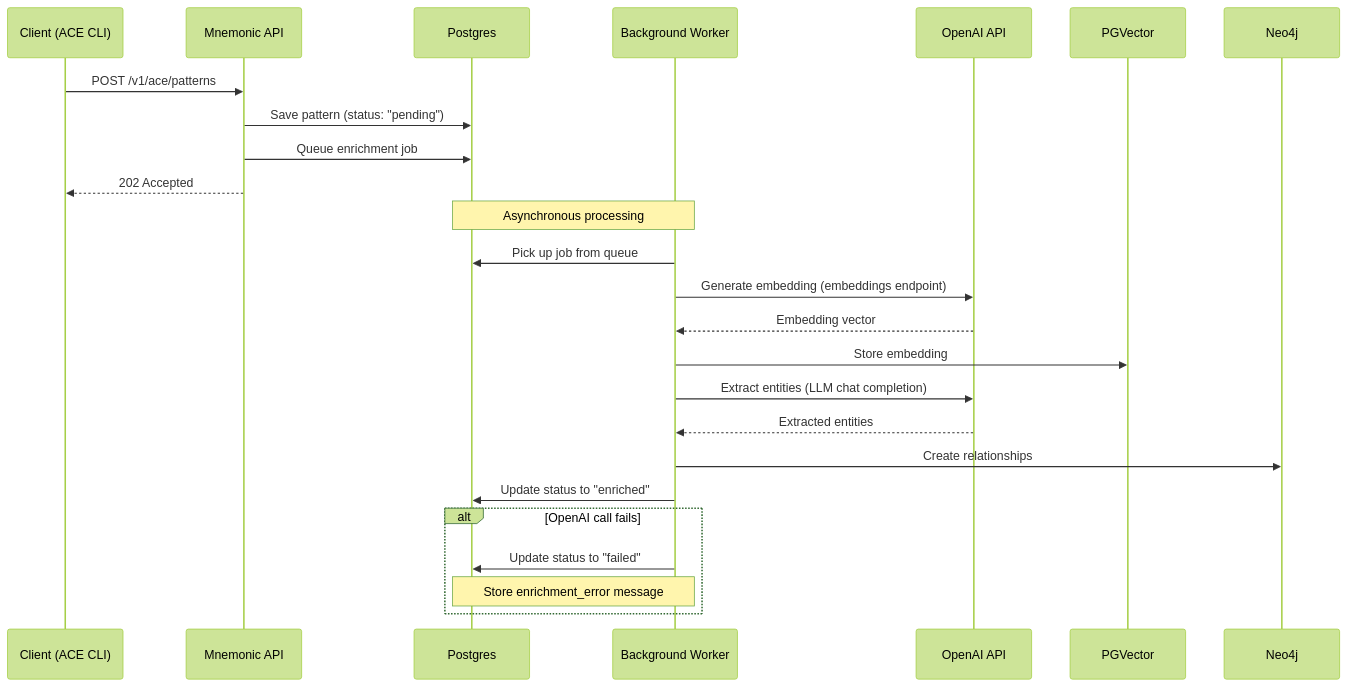
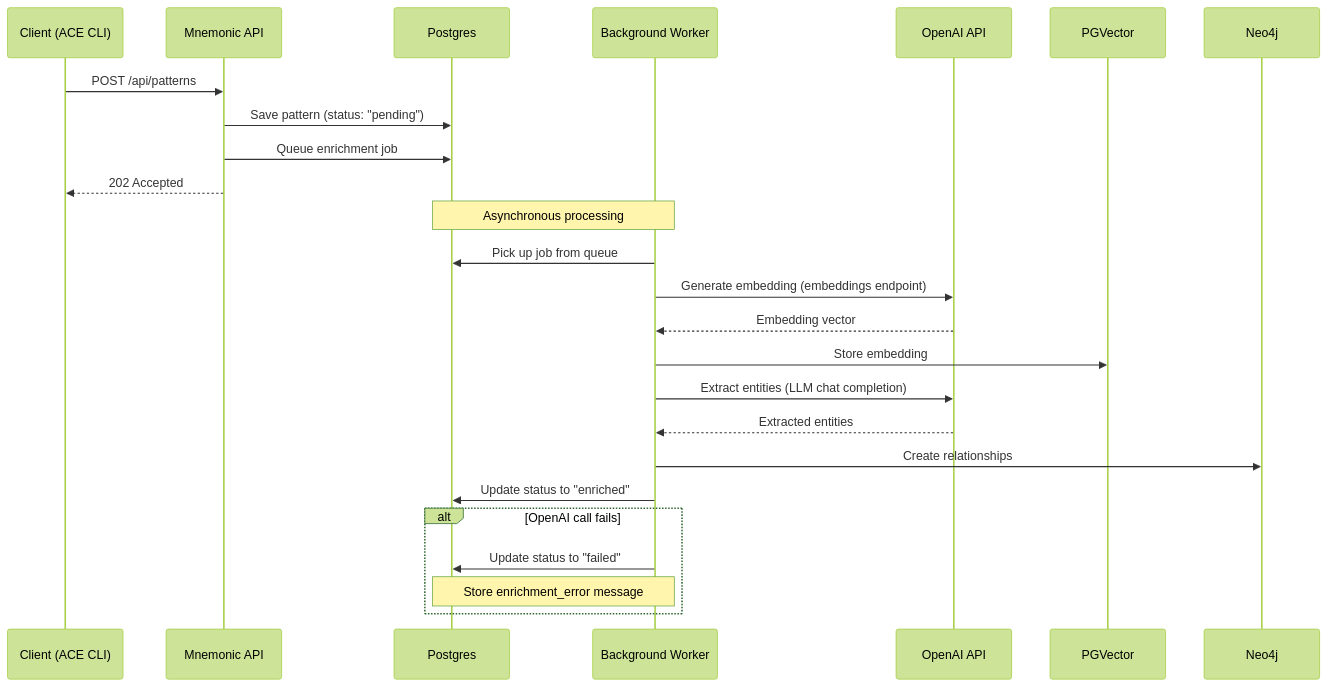
The first of 6 diagrams in docs/design/pattern-processing.md (twistingmercury/mnemonic-mcp), drawn with Mermaid (forest theme) before and after one commit. The commit also changed other lines of this file and 6 other files, not shown here.

````diff
--- a/docs/design/pattern-processing.md
+++ b/docs/design/pattern-processing.md
@@ -42,31 +42,31 @@
 ```mermaid
 sequenceDiagram
     participant Client as Client (ACE CLI)
     participant API as Mnemonic API
     participant PG as Postgres
     participant Worker as Background Worker
     participant OpenAI as OpenAI API
     participant PGV as PGVector
     participant Neo4j as Neo4j
 
-    Client->>API: POST /v1/ace/patterns
+    Client->>API: POST /api/patterns
     API->>PG: Save pattern (status: "pending")
     API->>PG: Queue enrichment job
     API-->>Client: 202 Accepted
 
     Note over Worker,PG: Asynchronous processing
 
     Worker->>PG: Pick up job from queue
     Worker->>OpenAI: Generate embedding (embeddings endpoint)
     OpenAI-->>Worker: Embedding vector
     Worker->>PGV: Store embedding
     Worker->>OpenAI: Extract entities (LLM chat completion)
     OpenAI-->>Worker: Extracted entities
     Worker->>Neo4j: Create relationships
     Worker->>PG: Update status to "enriched"
 
     alt OpenAI call fails
         Worker->>PG: Update status to "failed"
         Note over Worker,PG: Store enrichment_error message
     end
 ```
````
